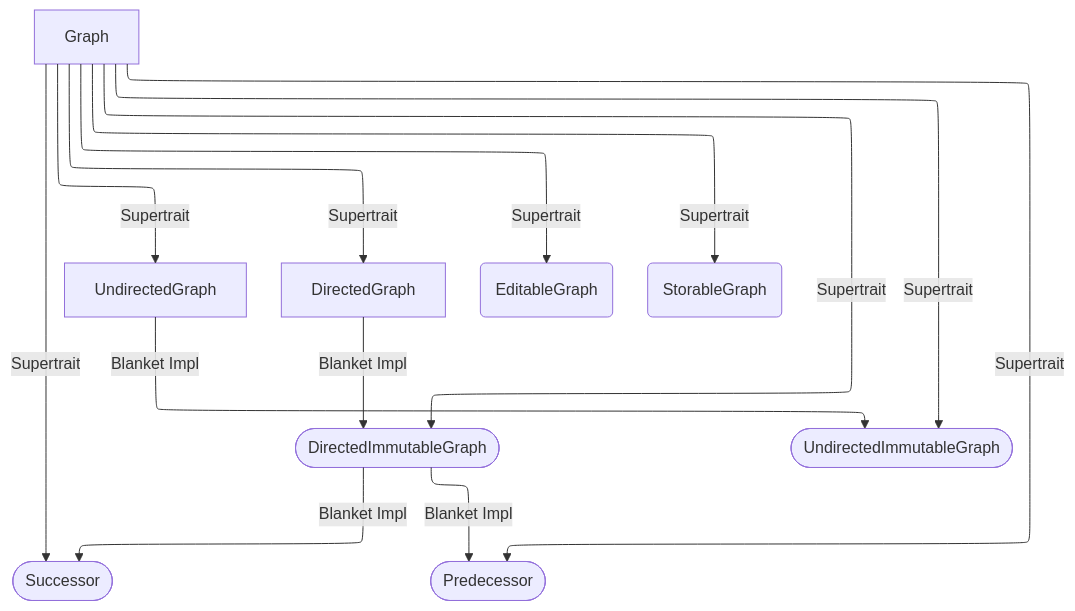
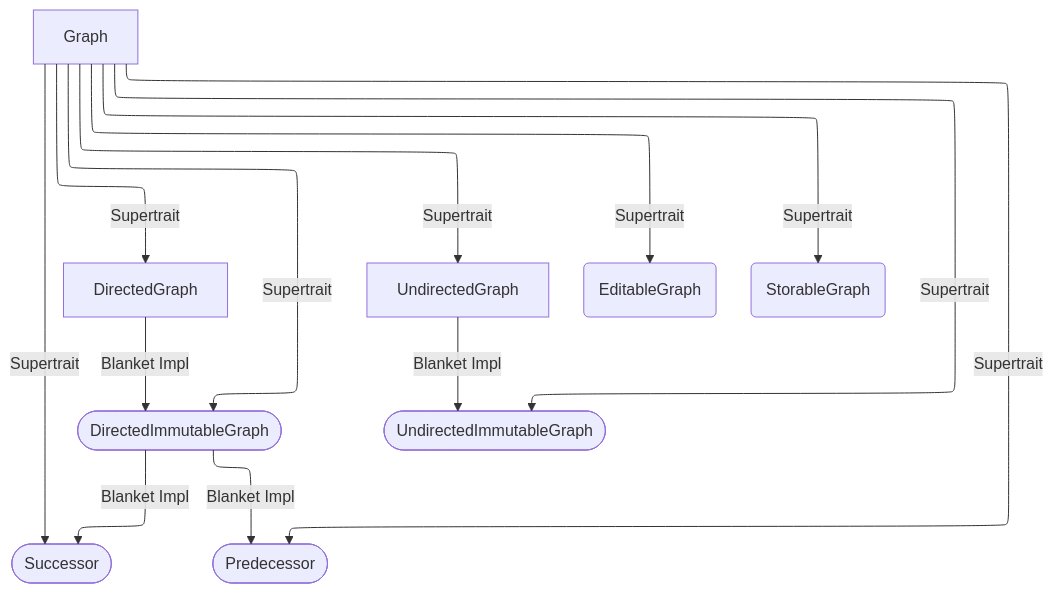
One commit to petgraph/petgraph changed the diagram in assets/guide/graph_traits.md. Above: the diagram before and after it, drawn with Mermaid. The commit also changed other lines of this file, not shown here.

Commit message:
chore: Change layout in mermaid diagram

````diff
--- a/assets/guide/graph_traits.md
+++ b/assets/guide/graph_traits.md
@@ -11,19 +11,19 @@
 ```mermaid
 ---
 config:
   layout: elk
 ---
 graph TD
-    G[Graph] -- Supertrait --> U[UndirectedGraph]
     G -- Supertrait --> D[DirectedGraph]
     G -- Supertrait --> DI([DirectedImmutableGraph])
-    G -- Supertrait --> UI([UndirectedImmutableGraph])
-    G -- Supertrait --> E(EditableGraph)
-    G -- Supertrait --> S(StorableGraph)
     G -- Supertrait --> SU([Successor])
     G -- Supertrait --> P([Predecessor])
+    G[Graph] -- Supertrait --> U[UndirectedGraph]
+    G -- Supertrait --> UI([UndirectedImmutableGraph])
     D -- Blanket Impl --> DI
     U -- Blanket Impl --> UI
     DI -- Blanket Impl --> SU
     DI -- Blanket Impl --> P
+    G -- Supertrait --> E(EditableGraph)
+    G -- Supertrait --> S(StorableGraph)
 ```
````
